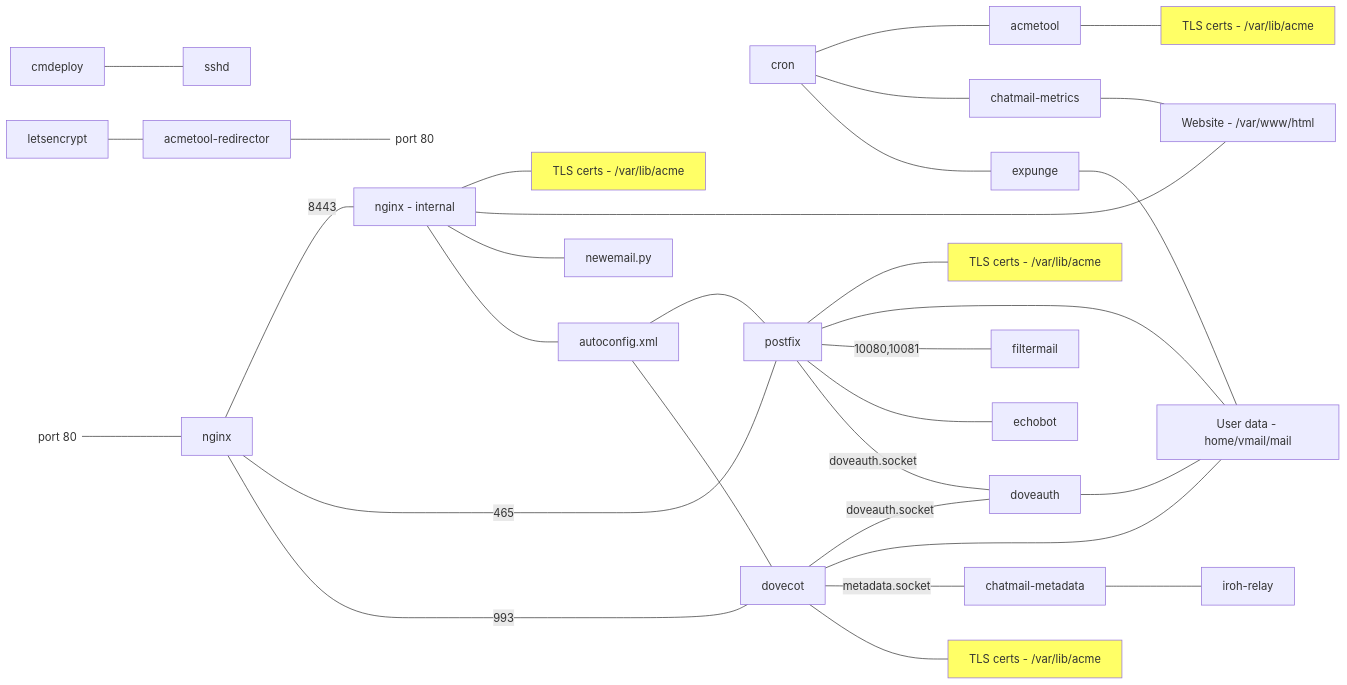
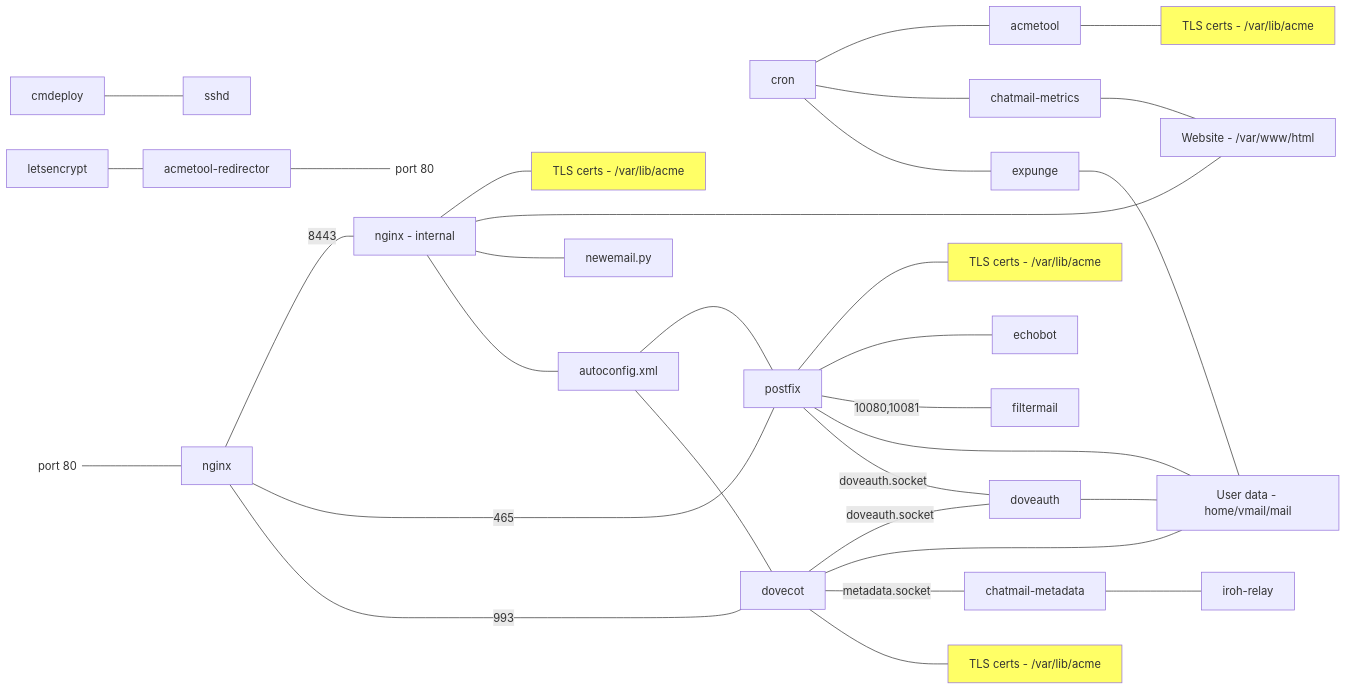
Before and after one commit to cliffmccarthy/chatmail-relay: the diagram in ARCHITECTURE.md, drawn with Mermaid. The commit also changed other lines of this file, not shown here.

````diff
--- a/ARCHITECTURE.md
+++ b/ARCHITECTURE.md
@@ -4,37 +4,37 @@
 ```mermaid
 graph LR;
     cmdeploy --- sshd;
     letsencrypt --- acmetool-redirector;
     acmetool-redirector --- port80r@{ shape: text, label: "port 80" };
     port80l@{ shape: text, label: "port 80" } --- nginx;
     nginx --- |8443|nginx-internal[nginx - internal];
     nginx-internal --- certs-nginx[TLS certs - /var/lib/acme];
     nginx-internal --- website[Website - /var/www/html];
     nginx-internal --- newemail.py;
     nginx-internal --- autoconfig.xml;
     cron --- acmetool;
     cron --- chatmail-metrics;
     cron --- expunge;
     chatmail-metrics --- website;
     acmetool --- certs[TLS certs - /var/lib/acme];
     nginx --- |465|postfix;
     nginx --- |993|dovecot;
     autoconfig.xml --- postfix;
     autoconfig.xml --- dovecot;
     postfix --- certs-postfix[TLS certs - /var/lib/acme];
+    postfix --- echobot;
+    postfix --- |10080,10081|filtermail;
     postfix --- users[User data - home/vmail/mail];
-    postfix --- |10080,10081|filtermail;
-    postfix --- echobot;
     postfix --- |doveauth.socket|doveauth;
     dovecot --- |doveauth.socket|doveauth;
     dovecot --- users;
     dovecot --- |metadata.socket|chatmail-metadata;
     dovecot --- certs-dovecot[TLS certs - /var/lib/acme];
     doveauth --- users;
     expunge --- users;
     chatmail-metadata --- iroh-relay;
     style certs fill:#ff6;
     style certs-nginx fill:#ff6;
     style certs-postfix fill:#ff6;
     style certs-dovecot fill:#ff6;
 ```
````
